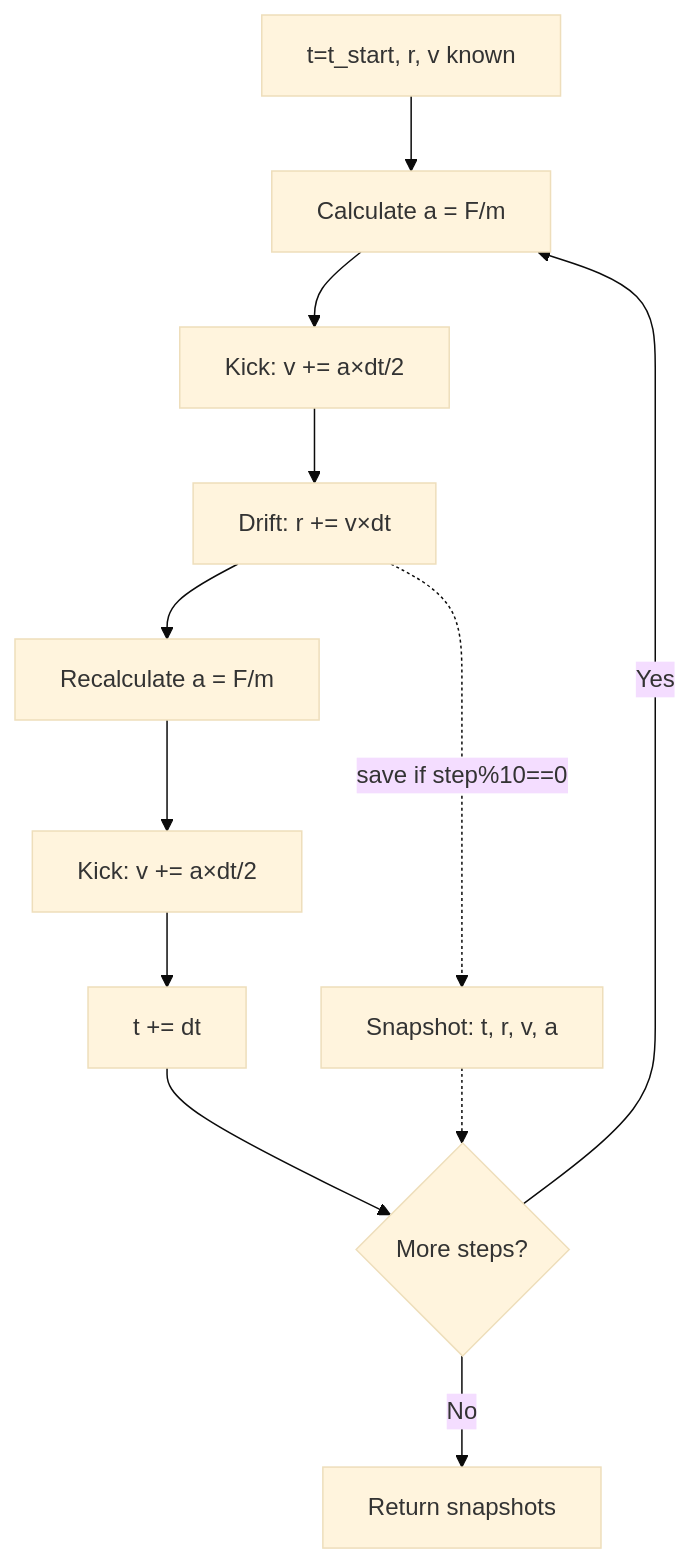
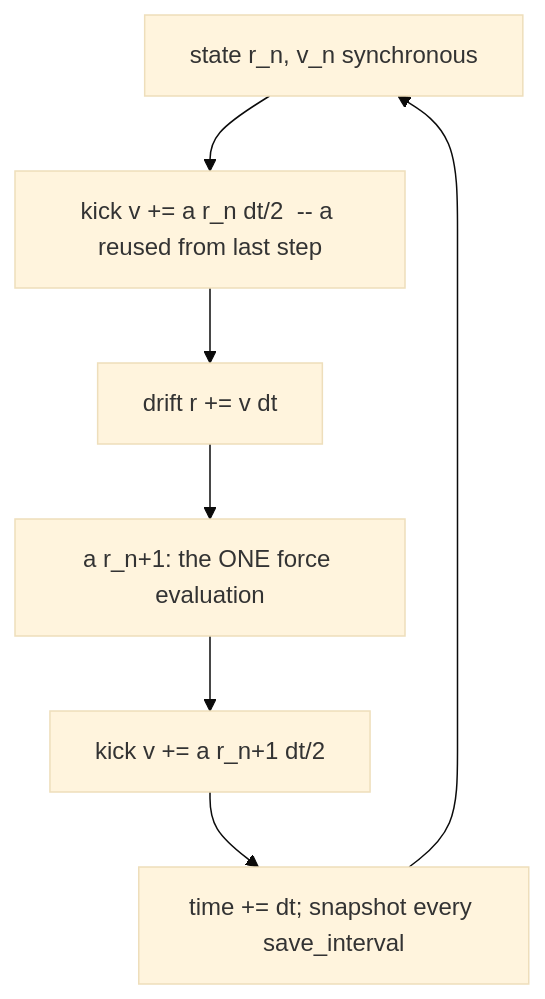
Before and after one commit to MartinGamsby/ProgenitorNodeModelCosmology: the diagram in lode/physics/integration.md, drawn with Mermaid (base theme). The commit also changed other lines of this file and 818 other files, not shown here.

````diff
--- a/lode/physics/integration.md
+++ b/lode/physics/integration.md
@@ -274,15 +6,9 @@
 ```mermaid
 graph TD
-    A[t=t_start, r, v known] --> B[Calculate a = F/m]
-    B --> C[Kick: v += a×dt/2]
-    C --> D[Drift: r += v×dt]
-    D --> E[Recalculate a = F/m]
-    E --> F[Kick: v += a×dt/2]
-    F --> G[t += dt]
-    G --> H{More steps?}
-    H -->|Yes| B
-    H -->|No| I[Return snapshots]
-
-    D -.save if step%10==0.-> J[Snapshot: t, r, v, a]
-    J -.-> H
+    S0[state r_n, v_n synchronous] --> K1[kick v += a r_n dt/2  -- a reused from last step]
+    K1 --> D[drift r += v dt]
+    D --> F[a r_n+1: the ONE force evaluation]
+    F --> K2[kick v += a r_n+1 dt/2]
+    K2 --> T[time += dt; snapshot every save_interval]
+    T --> S0
 ```
````
